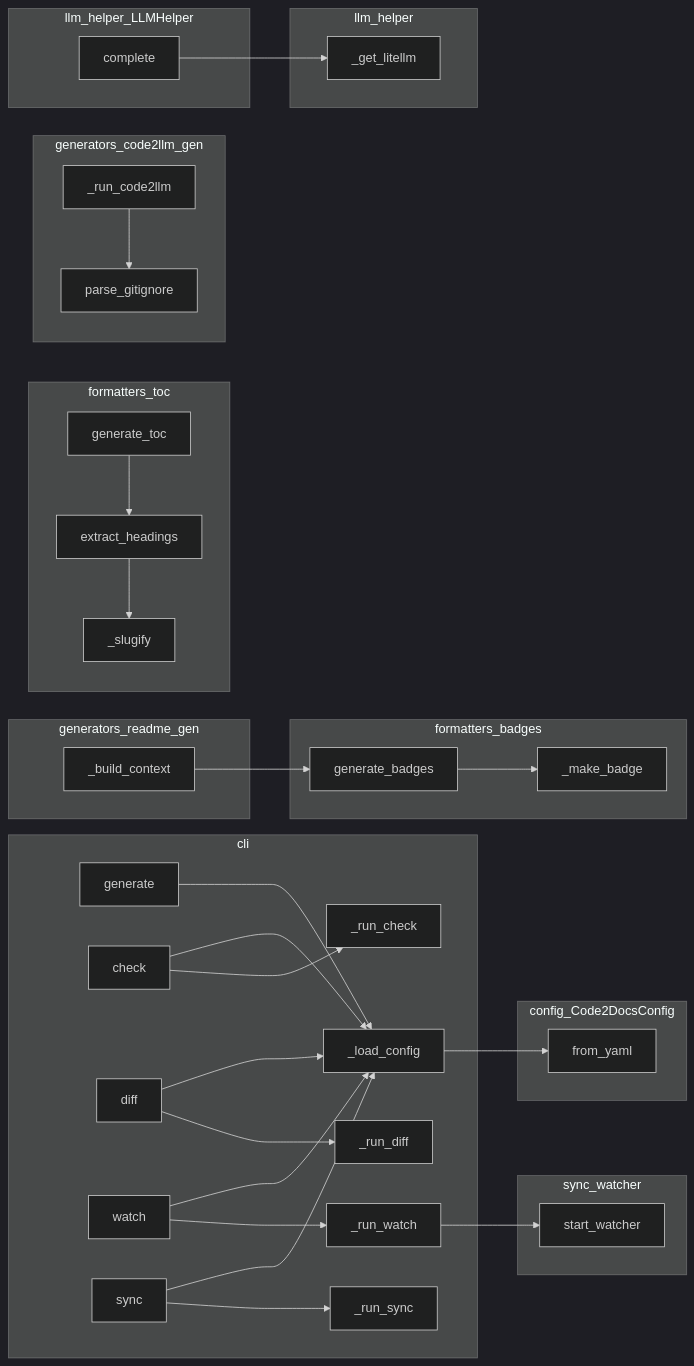
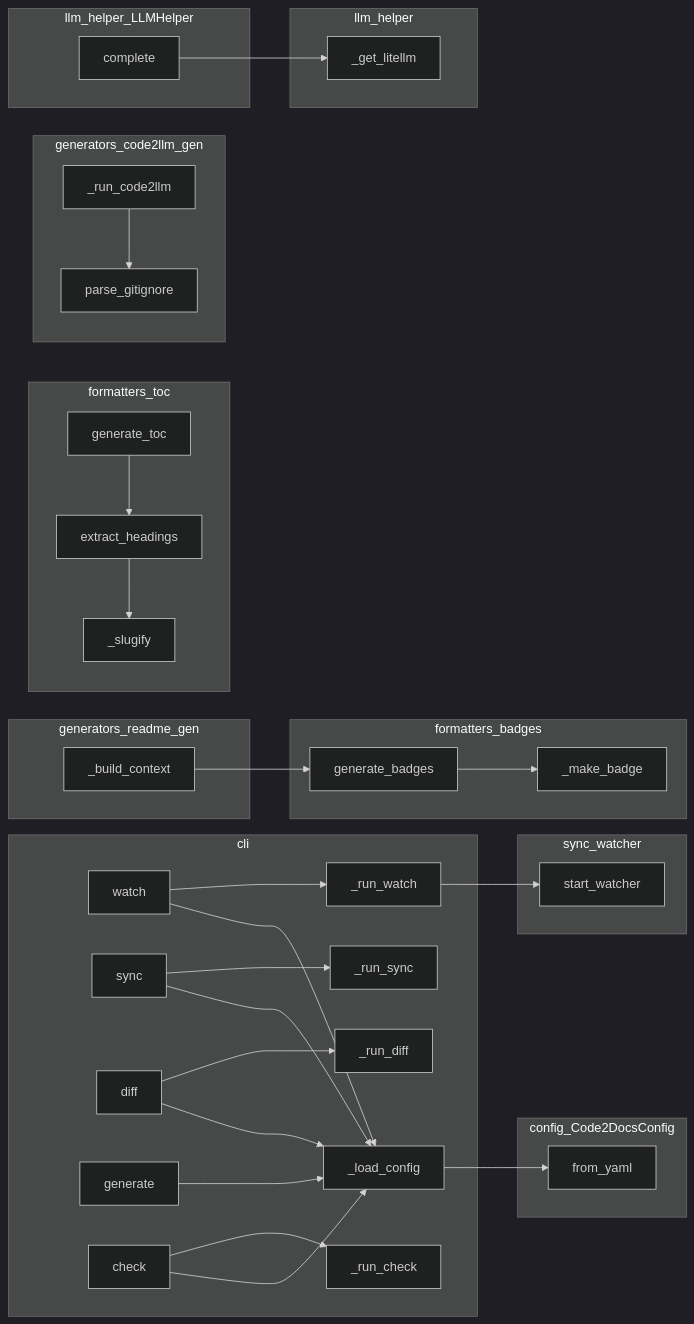
One commit to wronai/code2docs changed the diagram in code2docs/project/calls.mmd. Above: the diagram before and after it, drawn with Mermaid (dark theme). The commit also changed other lines of this file and 31 other files, not shown here.

```diff
--- a/code2docs/project/calls.mmd
+++ b/code2docs/project/calls.mmd
@@ -1,58 +1,58 @@
 flowchart LR
     subgraph cli
-        cli___run_check["_run_check"]
+        cli__watch["watch"]
+        cli___run_watch["_run_watch"]
         cli___load_config["_load_config"]
+        cli__sync["sync"]
+        cli__diff["diff"]
         cli__generate["generate"]
         cli__check["check"]
-        cli__diff["diff"]
+        cli___run_sync["_run_sync"]
         cli___run_diff["_run_diff"]
-        cli___run_sync["_run_sync"]
-        cli___run_watch["_run_watch"]
-        cli__watch["watch"]
-        cli__sync["sync"]
+        cli___run_check["_run_check"]
     end
     subgraph config_Code2DocsConfig
         config__Code2DocsConfig__from_yaml["from_yaml"]
     end
     subgraph formatters_badges
+        formatters__badges___make_badge["_make_badge"]
         formatters__badges__generate_badges["generate_badges"]
-        formatters__badges___make_badge["_make_badge"]
     end
     subgraph formatters_toc
         formatters__toc___slugify["_slugify"]
+        formatters__toc__extract_headings["extract_headings"]
         formatters__toc__generate_toc["generate_toc"]
-        formatters__toc__extract_headings["extract_headings"]
     end
     subgraph generators_code2llm_gen
         generators__code2llm_gen__parse_gitignore["parse_gitignore"]
         generators___run_code2llm["_run_code2llm"]
     end
     subgraph generators_readme_gen
         generators___build_context["_build_context"]
     end
     subgraph llm_helper
         llm_helper___get_litellm["_get_litellm"]
     end
     subgraph llm_helper_LLMHelper
         llm_helper__LLMHelper__complete["complete"]
     end
     subgraph sync_watcher
         sync__watcher__start_watcher["start_watcher"]
     end
     llm_helper__LLMHelper__complete --> llm_helper___get_litellm
     formatters__badges__generate_badges --> formatters__badges___make_badge
     formatters__toc__generate_toc --> formatters__toc__extract_headings
     formatters__toc__extract_headings --> formatters__toc___slugify
     generators___build_context --> formatters__badges__generate_badges
     generators___run_code2llm --> generators__code2llm_gen__parse_gitignore
     cli__generate --> cli___load_config
     cli__sync --> cli___load_config
     cli__sync --> cli___run_sync
     cli__watch --> cli___load_config
     cli__watch --> cli___run_watch
     cli__check --> cli___load_config
     cli__check --> cli___run_check
     cli__diff --> cli___load_config
     cli__diff --> cli___run_diff
     cli___load_config --> config__Code2DocsConfig__from_yaml
     cli___run_watch --> sync__watcher__start_watcher
```
